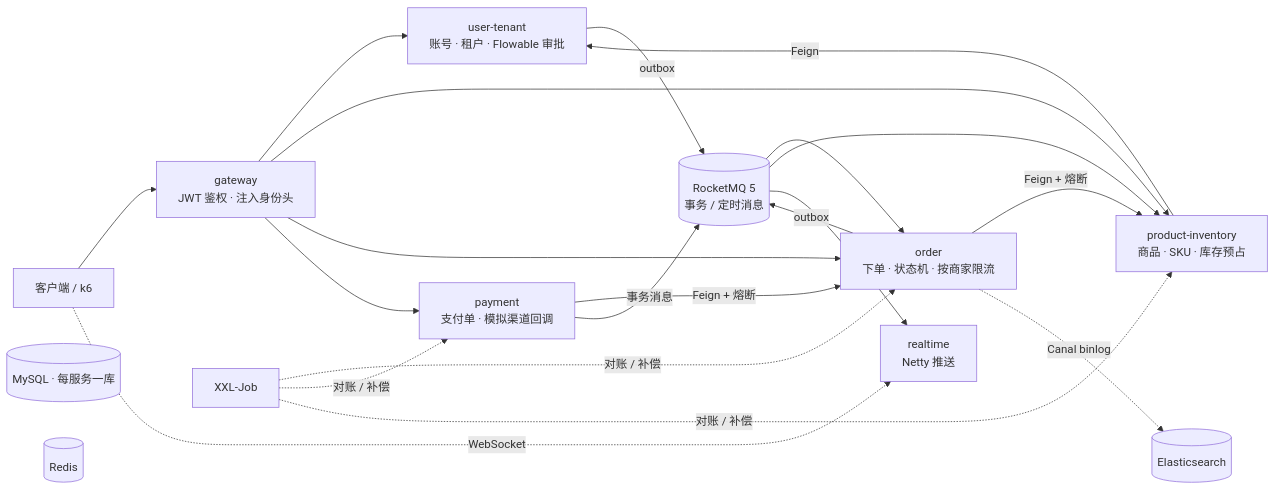
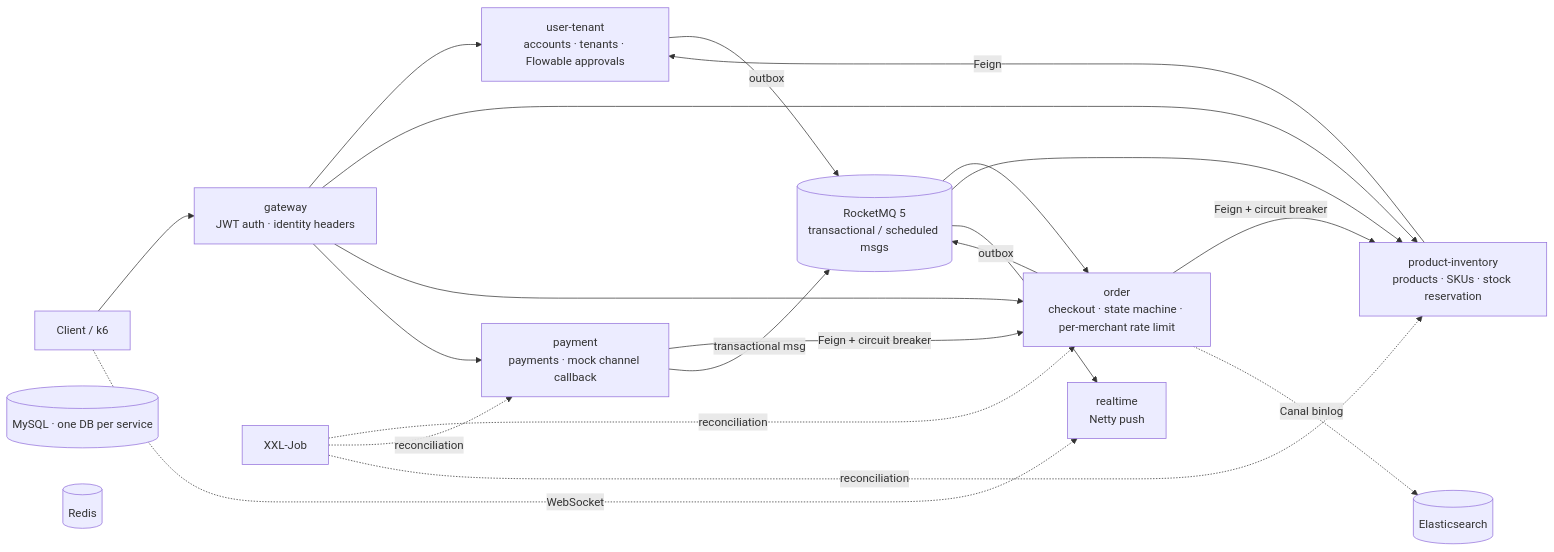
Before and after one commit to shqyecho6868-code/merchanthub: the diagram in README.md, drawn with Mermaid. The commit also changed other lines of this file and 2 other files, not shown here.

````diff
--- a/README.md
+++ b/README.md
@@ -11,25 +11,25 @@
 ```mermaid
 flowchart LR
-    Client[客户端 / k6] --> GW[gateway<br/>JWT 鉴权 · 注入身份头]
-    Client -. WebSocket .-> RT[realtime<br/>Netty 推送]
+    Client[Client / k6] --> GW[gateway<br/>JWT auth · identity headers]
+    Client -. WebSocket .-> RT[realtime<br/>Netty push]
 
-    GW --> UT[user-tenant<br/>账号 · 租户 · Flowable 审批]
-    GW --> PI[product-inventory<br/>商品 · SKU · 库存预占]
-    GW --> OD[order<br/>下单 · 状态机 · 按商家限流]
-    GW --> PAY[payment<br/>支付单 · 模拟渠道回调]
+    GW --> UT[user-tenant<br/>accounts · tenants · Flowable approvals]
+    GW --> PI[product-inventory<br/>products · SKUs · stock reservation]
+    GW --> OD[order<br/>checkout · state machine · per-merchant rate limit]
+    GW --> PAY[payment<br/>payments · mock channel callback]
 
-    OD -- Feign + 熔断 --> PI
-    PAY -- Feign + 熔断 --> OD
+    OD -- Feign + circuit breaker --> PI
+    PAY -- Feign + circuit breaker --> OD
     PI -- Feign --> UT
 
-    MQ[(RocketMQ 5<br/>事务 / 定时消息)]
+    MQ[(RocketMQ 5<br/>transactional / scheduled msgs)]
     OD -- outbox --> MQ
-    PAY -- 事务消息 --> MQ
+    PAY -- transactional msg --> MQ
     UT -- outbox --> MQ
     MQ --> OD & PI & RT
 
     OD -. Canal binlog .-> ES[(Elasticsearch)]
-    XXL[XXL-Job] -. 对账 / 补偿 .-> OD & PAY & PI
-    DB[(MySQL · 每服务一库)]
+    XXL[XXL-Job] -. reconciliation .-> OD & PAY & PI
+    DB[(MySQL · one DB per service)]
     RDS[(Redis)]
 ```
````
